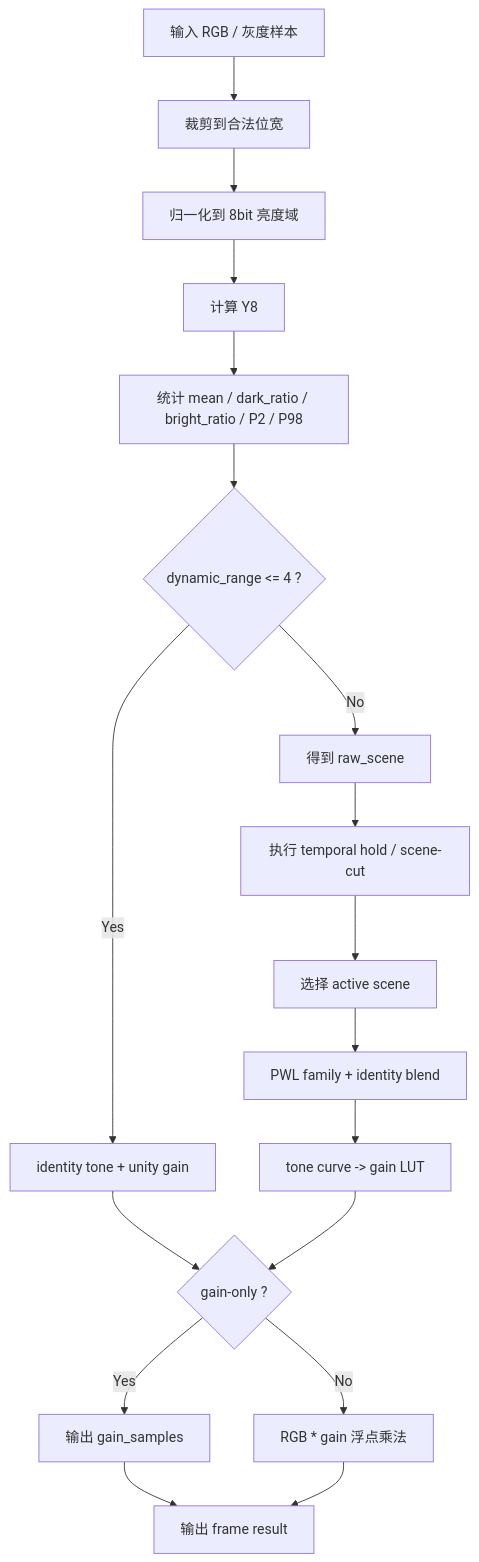
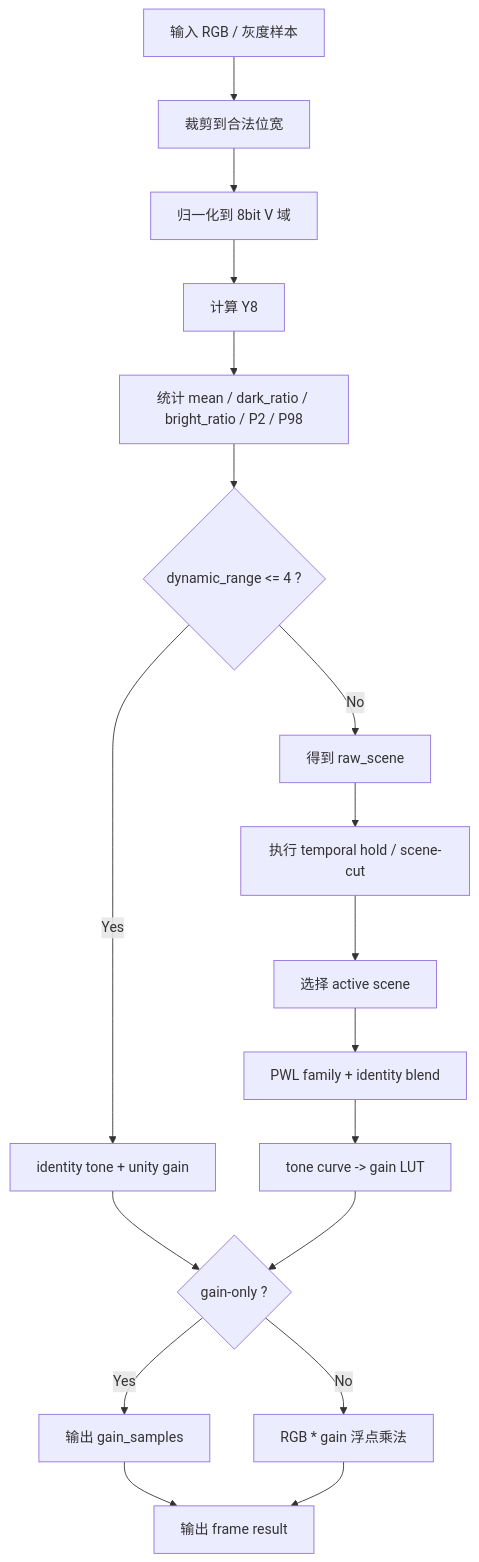
Before and after one commit to onions222/contrast_enhancement: the second of 3 diagrams in scheme3/matlab/ce_hw_runtime_design.md, drawn with Mermaid. The commit also changed other lines of this file and 42 other files, not shown here.

````diff
--- a/scheme3/matlab/ce_hw_runtime_design.md
+++ b/scheme3/matlab/ce_hw_runtime_design.md
@@ -821,20 +821,20 @@
 ```mermaid
 flowchart TD
   A["输入 RGB / 灰度样本"] --> B["裁剪到合法位宽"]
-  B --> C["归一化到 8bit 亮度域"]
+  B --> C["归一化到 8bit V 域"]
   C --> D["计算 Y8"]
   D --> E["统计 mean / dark_ratio / bright_ratio / P2 / P98"]
   E --> F{"dynamic_range <= 4 ?"}
   F -->|Yes| G["identity tone + unity gain"]
   F -->|No| H["得到 raw_scene"]
   H --> I["执行 temporal hold / scene-cut"]
   I --> J["选择 active scene"]
   J --> K["PWL family + identity blend"]
   K --> L["tone curve -> gain LUT"]
   G --> M{"gain-only ?"}
   L --> M
   M -->|Yes| N["输出 gain_samples"]
   M -->|No| O["RGB * gain 浮点乘法"]
   N --> P["输出 frame result"]
   O --> P
 ```
````
